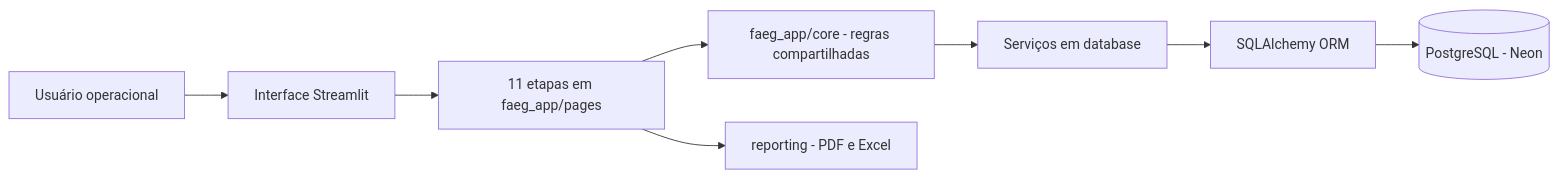
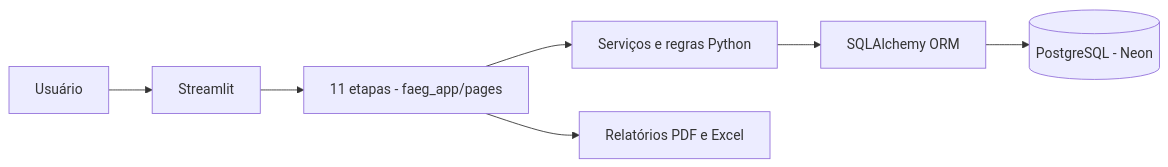
Before and after one commit to felpontes98/faeg-logistica-app: the diagram in README.md, drawn with Mermaid. The commit also changed other lines of this file and 22 other files, not shown here.

````diff
--- a/README.md
+++ b/README.md
@@ -40,10 +47,9 @@
 ```mermaid
 flowchart LR
-    U["Usuário operacional"] --> UI["Interface Streamlit"]
-    UI --> PAG["11 etapas em faeg_app/pages"]
-    PAG --> CORE["faeg_app/core - regras compartilhadas"]
-    CORE --> DOM["Serviços em database"]
-    DOM --> ORM["SQLAlchemy ORM"]
-    ORM --> DB[("PostgreSQL - Neon")]
-    PAG --> REL["reporting - PDF e Excel"]
+    U["Usuário"] --> UI["Streamlit"]
+    UI --> P["11 etapas - faeg_app/pages"]
+    P --> C["Serviços e regras Python"]
+    C --> O["SQLAlchemy ORM"]
+    O --> DB[("PostgreSQL - Neon")]
+    P --> R["Relatórios PDF e Excel"]
 ```
````
